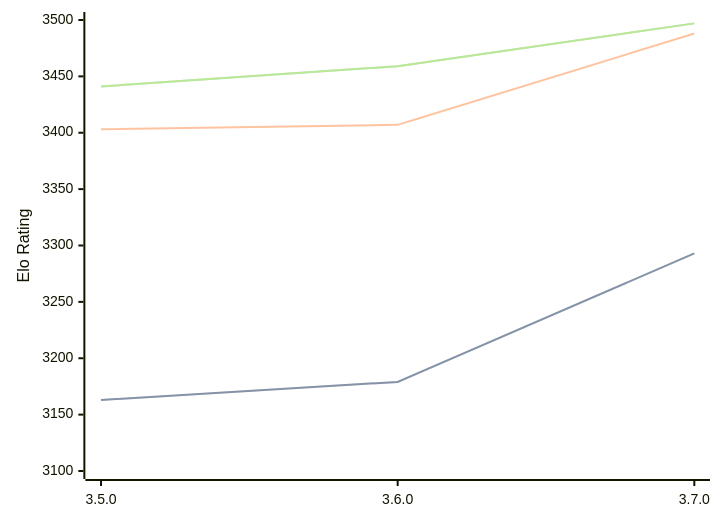
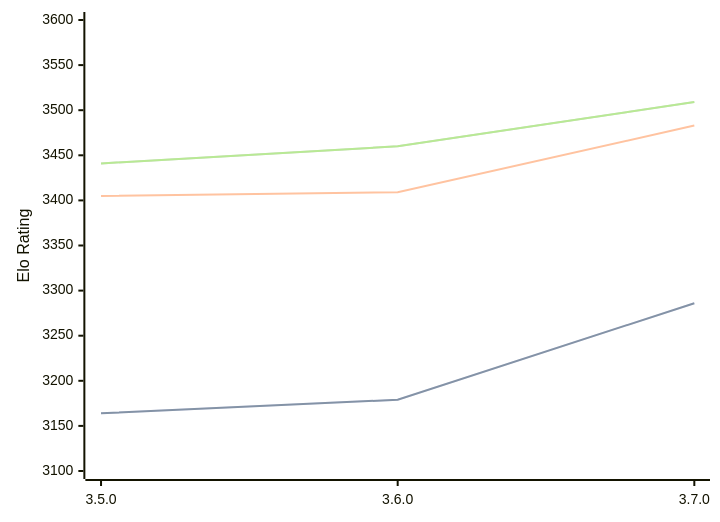
Before and after one commit to computer-chess-index/cci: the diagram in engines/Igel.md, drawn with Mermaid. The commit also changed other lines of this file, not shown here.

Commit message:
Update CCI Ratings (ELO VLTC) - 2026-08-29

````diff
--- a/engines/Igel.md
+++ b/engines/Igel.md
@@ -33,11 +33,11 @@
 ```mermaid
 %%{init: {"theme":"base","themeVariables":{"seriesColors:['#a3a3a3','#222221','#faa371']}}}%%
 xychart-beta
   x-axis ["3.5.0", "3.6.0", "3.7.0"]
-  y-axis "Elo Rating" 3100 --> 3500
-  line "" [3163, 3179, 3293]
-  line "STC (8.0+0.08s)" [3163, 3179, 3293]
-  line "LTC (60.0+0.60s)" [3403, 3407, 3488]
-  line "" [3441, 3459, 3497]
-  line "VLTC (2m24s+1.12s)" [3441, 3459, 3497]
+  y-axis "Elo Rating" 3100 --> 3600
+  line "" [3164, 3179, 3286]
+  line "STC (8.0+0.08s)" [3164, 3179, 3286]
+  line "LTC (60.0+0.60s)" [3405, 3409, 3483]
+  line "" [3441, 3460, 3509]
+  line "VLTC (2m24s+1.12s)" [3441, 3460, 3509]
 ```
````
